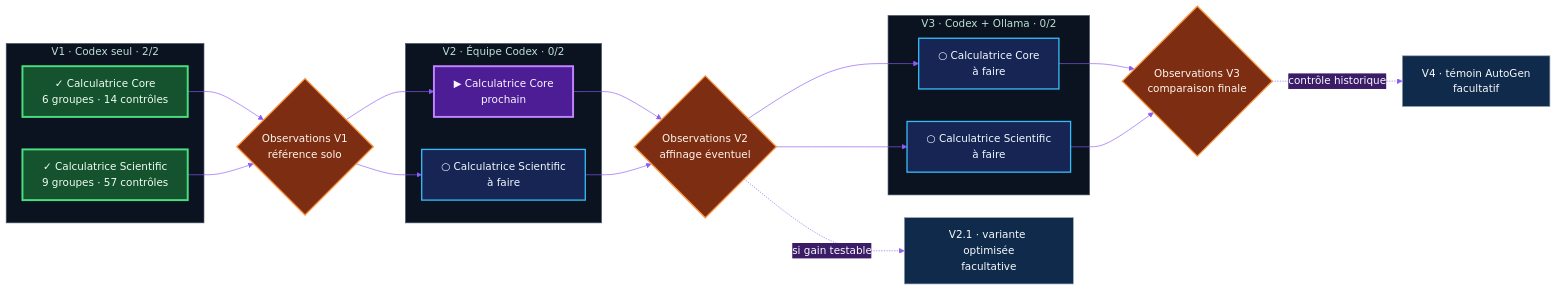
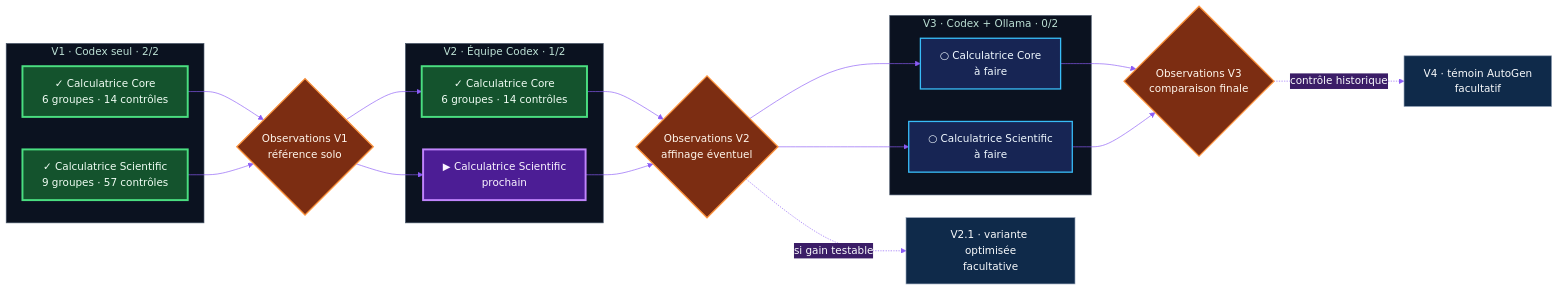
One commit to ERICRAC/AgentBench-2026 changed the diagram in README.md. Above: the diagram before and after it, drawn with Mermaid. The commit also changed other lines of this file and 15 other files, not shown here.

````diff
--- a/README.md
+++ b/README.md
@@ -39,50 +39,50 @@
 ```mermaid
 %%{init: {"theme": "base", "themeVariables": {
   "primaryColor": "#0f2a4a",
   "primaryTextColor": "#f8fafc",
   "primaryBorderColor": "#22d3ee",
   "secondaryColor": "#3b1d67",
   "tertiaryColor": "#431f2b",
   "fontFamily": "system-ui",
   "lineColor": "#8b5cf6",
   "clusterBkg": "#0b1220",
   "clusterBorder": "#475569"
 }}}%%
 flowchart LR
     subgraph V1["V1 · Codex seul · 2/2"]
       V1C["✓ Calculatrice Core<br/>6 groupes · 14 contrôles"]
       V1S["✓ Calculatrice Scientific<br/>9 groupes · 57 contrôles"]
     end
     G1{"Observations V1<br/>référence solo"}
-    subgraph V2["V2 · Équipe Codex · 0/2"]
-      V2C["▶ Calculatrice Core<br/>prochain"]
-      V2S["○ Calculatrice Scientific<br/>à faire"]
+    subgraph V2["V2 · Équipe Codex · 1/2"]
+      V2C["✓ Calculatrice Core<br/>6 groupes · 14 contrôles"]
+      V2S["▶ Calculatrice Scientific<br/>prochain"]
     end
     G2{"Observations V2<br/>affinage éventuel"}
     V21["V2.1 · variante optimisée<br/>facultative"]
     subgraph V3["V3 · Codex + Ollama · 0/2"]
       V3C["○ Calculatrice Core<br/>à faire"]
       V3S["○ Calculatrice Scientific<br/>à faire"]
     end
     G3{"Observations V3<br/>comparaison finale"}
     V4["V4 · témoin AutoGen<br/>facultatif"]
 
     V1C & V1S --> G1
     G1 --> V2C & V2S
     V2C & V2S --> G2
     G2 -. "si gain testable" .-> V21
     G2 --> V3C & V3S
     V3C & V3S --> G3
     G3 -. "contrôle historique" .-> V4
 
     classDef done fill:#14532d,stroke:#4ade80,color:#f0fdf4,stroke-width:3px;
     classDef next fill:#4c1d95,stroke:#c084fc,color:#faf5ff,stroke-width:3px;
     classDef todo fill:#172554,stroke:#38bdf8,color:#f0f9ff,stroke-width:2px;
     classDef gate fill:#7c2d12,stroke:#fb923c,color:#fff7ed,stroke-width:2px;
     classDef optional fill:#0f2a4a,stroke:#94a3b8,color:#f8fafc;
-    class V1C,V1S done;
-    class V2C next;
-    class V2S,V3C,V3S todo;
+    class V1C,V1S,V2C done;
+    class V2S next;
+    class V3C,V3S todo;
     class G1,G2,G3 gate;
     class V21,V4 optional;
 ```
````
